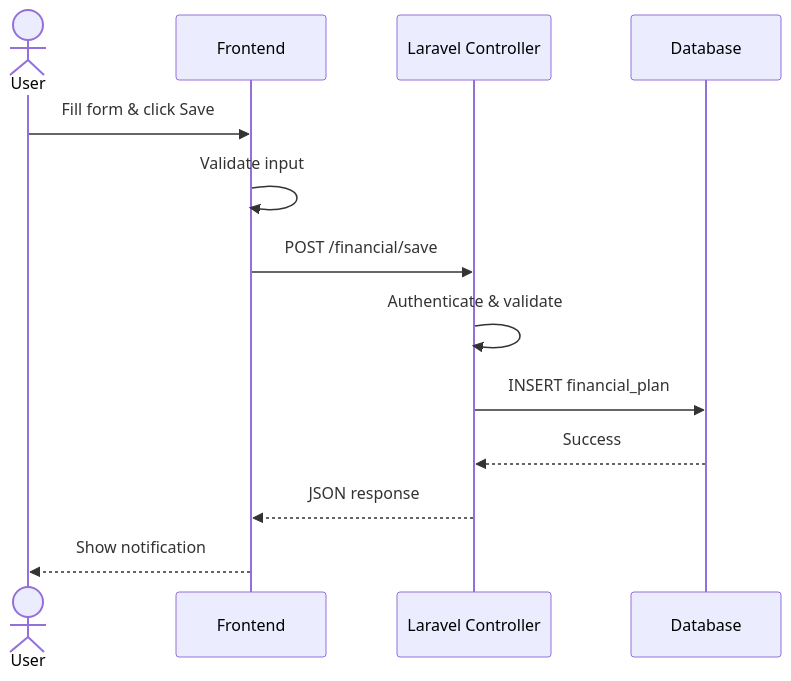
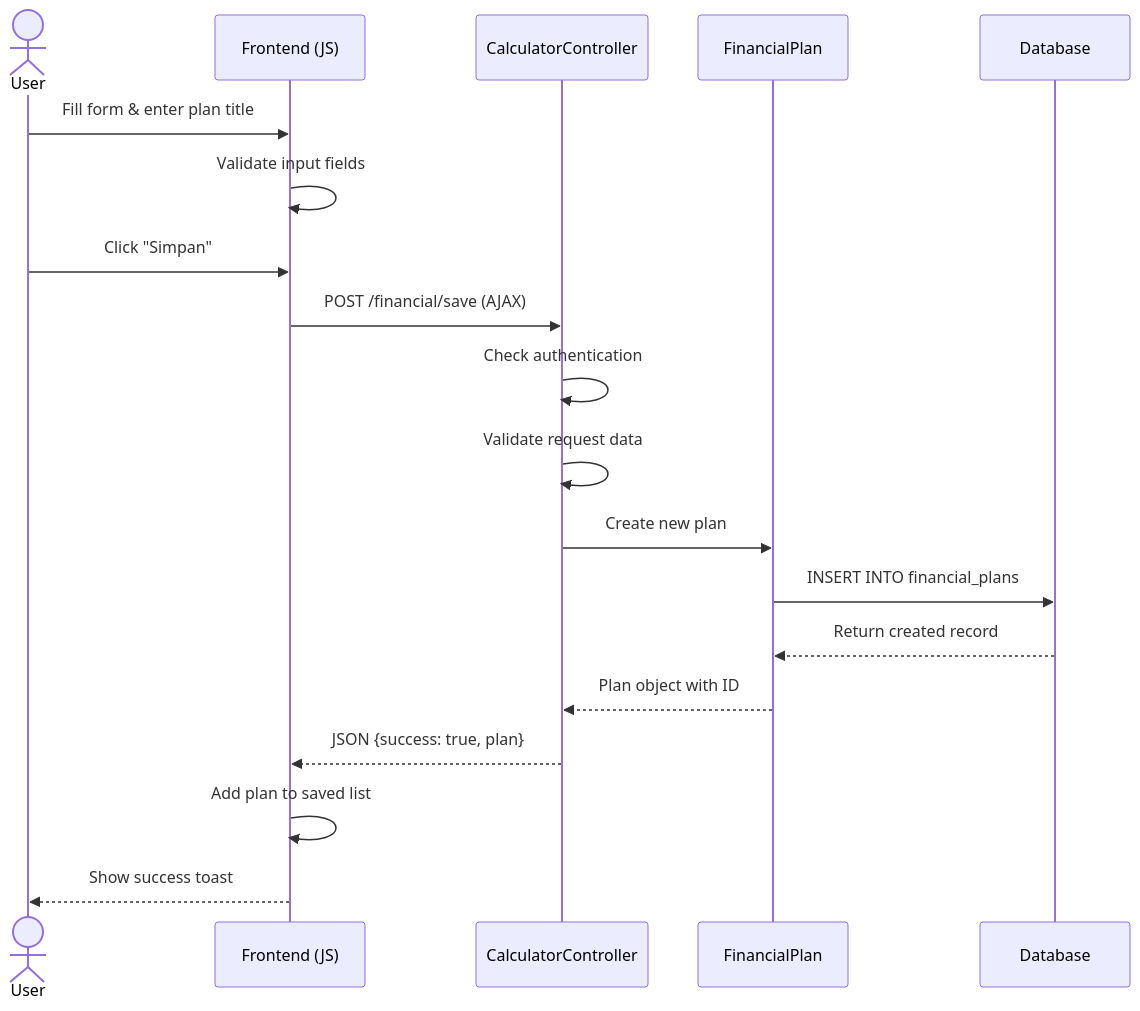
Before and after one commit to falcon-ioi/Caclcon: the ninth of 11 diagrams in README.md, drawn with Mermaid. The commit also changed other lines of this file, not shown here.

Commit message:
Docs: Add 3 Sequence Diagrams and expand ERD with full column details

````diff
--- a/README.md
+++ b/README.md
@@ -265,16 +289,22 @@
 ```mermaid
 sequenceDiagram
     actor User
-    participant UI as Frontend
-    participant API as Laravel Controller
+    participant UI as Frontend (JS)
+    participant API as CalculatorController
+    participant Model as FinancialPlan
     participant DB as Database
 
-    User->>UI: Fill form & click Save
-    UI->>UI: Validate input
-    UI->>API: POST /financial/save
-    API->>API: Authenticate & validate
-    API->>DB: INSERT financial_plan
-    DB-->>API: Success
-    API-->>UI: JSON response
-    UI-->>User: Show notification
+    User->>UI: Fill form & enter plan title
+    UI->>UI: Validate input fields
+    User->>UI: Click "Simpan"
+    UI->>API: POST /financial/save (AJAX)
+    API->>API: Check authentication
+    API->>API: Validate request data
+    API->>Model: Create new plan
+    Model->>DB: INSERT INTO financial_plans
+    DB-->>Model: Return created record
+    Model-->>API: Plan object with ID
+    API-->>UI: JSON {success: true, plan}
+    UI->>UI: Add plan to saved list
+    UI-->>User: Show success toast
 ```
````
